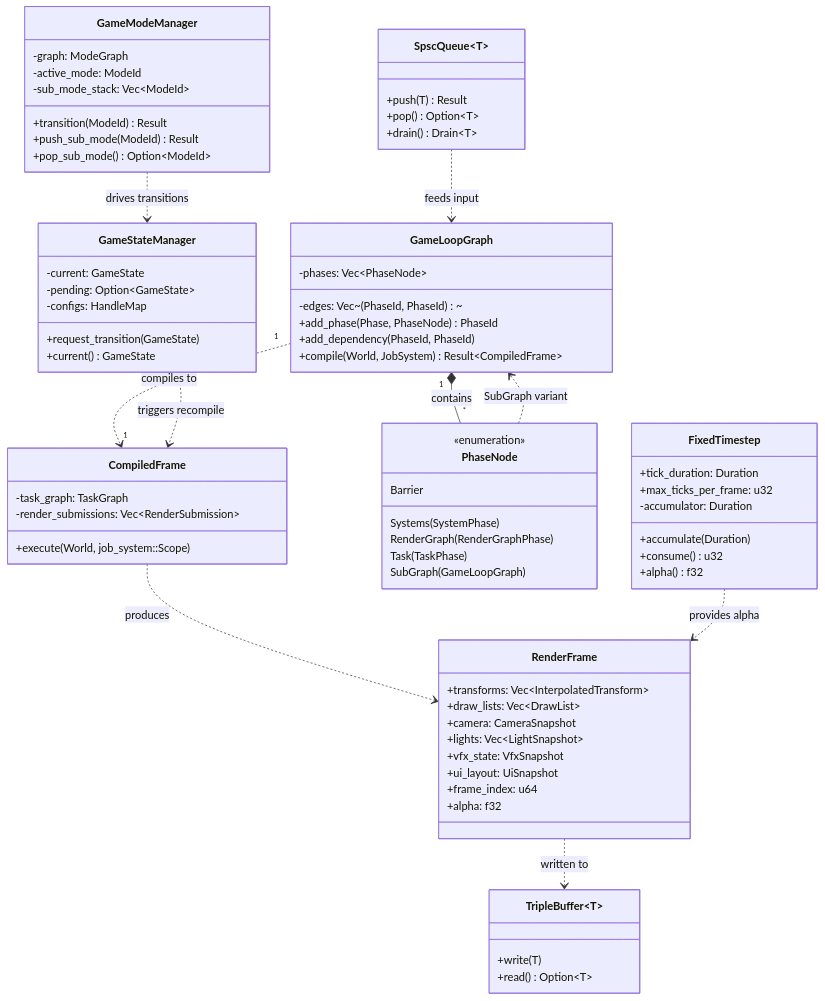
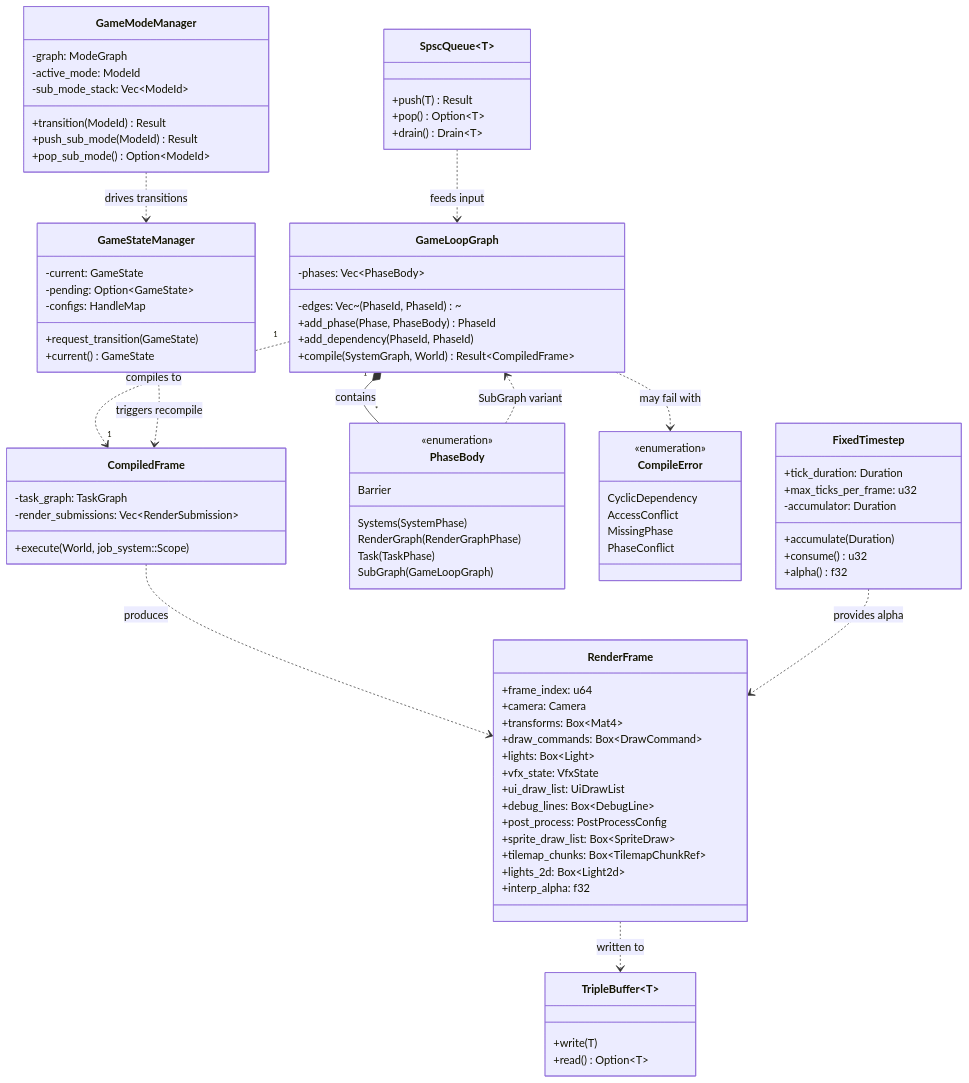
Before and after one commit to harmonius-dev/harmonius: the fifth of 8 diagrams in docs/design/core-runtime/game-loop.md, drawn with Mermaid. The commit also changed other lines of this file and 143 other files, not shown here.

````diff
--- a/docs/design/core-runtime/game-loop.md
+++ b/docs/design/core-runtime/game-loop.md
@@ -169,11 +191,11 @@
 ```mermaid
 classDiagram
     class GameLoopGraph {
-        -phases: Vec~PhaseNode~
+        -phases: Vec~PhaseBody~
         -edges: Vec~(PhaseId, PhaseId)~
-        +add_phase(Phase, PhaseNode) PhaseId
+        +add_phase(Phase, PhaseBody) PhaseId
         +add_dependency(PhaseId, PhaseId)
-        +compile(World, JobSystem) Result~CompiledFrame~
+        +compile(SystemGraph, World) Result~CompiledFrame~
     }
 
     class CompiledFrame {
@@ -182,13 +204,21 @@
         +execute(World, job_system::Scope)
     }
 
-    class PhaseNode {
+    class PhaseBody {
         <<enumeration>>
         Systems(SystemPhase)
         RenderGraph(RenderGraphPhase)
         Task(TaskPhase)
         SubGraph(GameLoopGraph)
         Barrier
+    }
+
+    class CompileError {
+        <<enumeration>>
+        CyclicDependency
+        AccessConflict
+        MissingPhase
+        PhaseConflict
     }
 
     class FixedTimestep {
@@ -201,14 +231,19 @@
     }
 
     class RenderFrame {
-        +transforms: Vec~InterpolatedTransform~
-        +draw_lists: Vec~DrawList~
-        +camera: CameraSnapshot
-        +lights: Vec~LightSnapshot~
-        +vfx_state: VfxSnapshot
-        +ui_layout: UiSnapshot
         +frame_index: u64
-        +alpha: f32
+        +camera: Camera
+        +transforms: Box~Mat4~
+        +draw_commands: Box~DrawCommand~
+        +lights: Box~Light~
+        +vfx_state: VfxState
+        +ui_draw_list: UiDrawList
+        +debug_lines: Box~DebugLine~
+        +post_process: PostProcessConfig
+        +sprite_draw_list: Box~SpriteDraw~
+        +tilemap_chunks: Box~TilemapChunkRef~
+        +lights_2d: Box~Light2d~
+        +interp_alpha: f32
     }
 
     class SpscQueue~T~ {
@@ -239,9 +274,10 @@
         +pop_sub_mode() Option~ModeId~
     }
 
-    GameLoopGraph "1" *-- "*" PhaseNode : contains
+    GameLoopGraph "1" *-- "*" PhaseBody : contains
     GameLoopGraph "1" ..> "1" CompiledFrame : compiles to
-    PhaseNode ..> GameLoopGraph : SubGraph variant
+    GameLoopGraph ..> CompileError : may fail with
+    PhaseBody ..> GameLoopGraph : SubGraph variant
     CompiledFrame ..> RenderFrame : produces
     FixedTimestep ..> RenderFrame : provides alpha
     RenderFrame ..> TripleBuffer : written to
````
